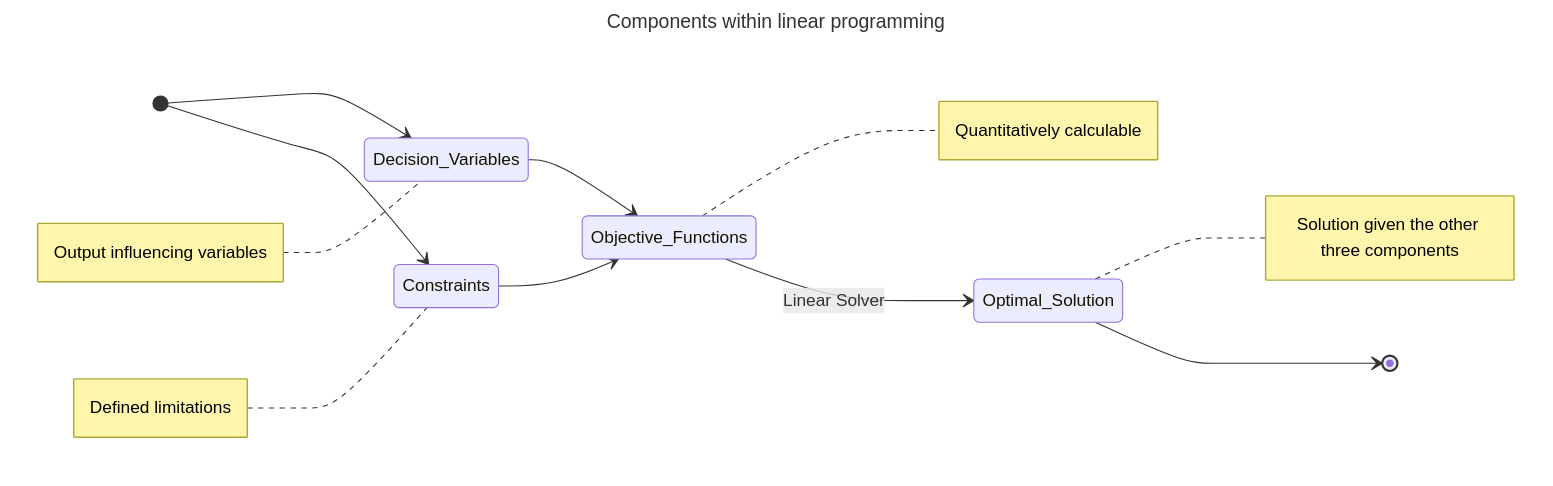
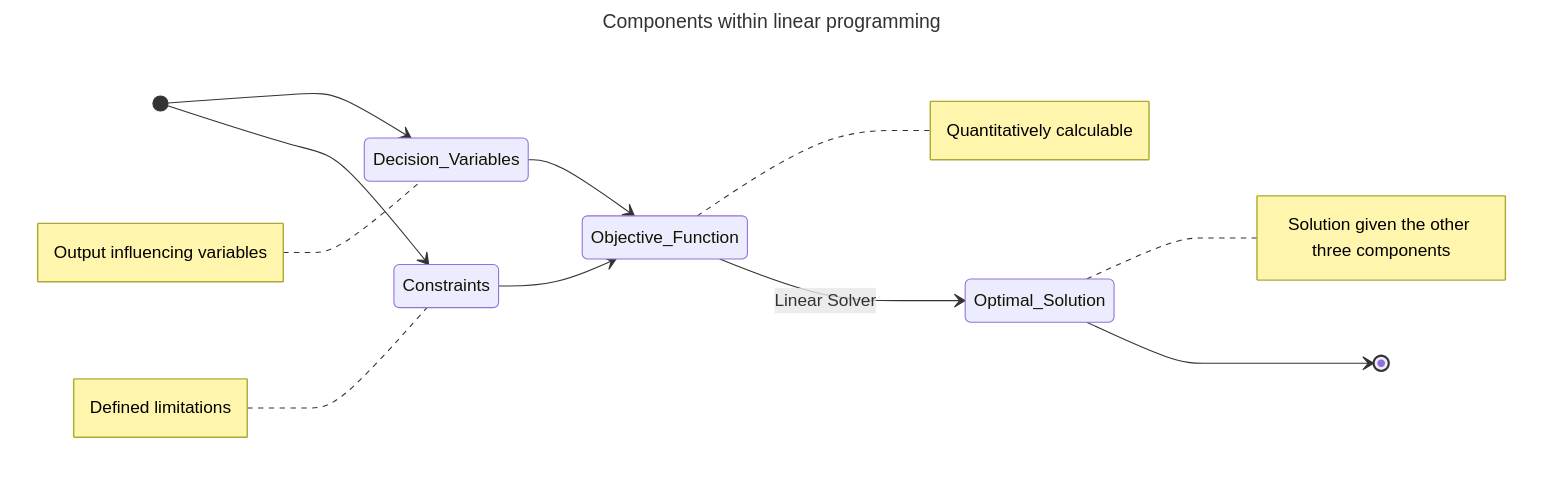
The diagram in _posts/2024-05-19-linearprogrammingusingplup.md (jeev20/jeev20.github.io), drawn with Mermaid before and after one commit. The commit also changed other lines of this file and 1 other file, not shown here.

````diff
--- a/_posts/2024-05-19-linearprogrammingusingplup.md
+++ b/_posts/2024-05-19-linearprogrammingusingplup.md
@@ -19,26 +24,26 @@
 ```mermaid
 ---
 title: Components within linear programming
 ---
 stateDiagram-v2 
 direction LR
 [*]--> Decision_Variables
 note left of Decision_Variables
     Output influencing variables
 end note
 [*]--> Constraints
 note left of Constraints
     Defined limitations
 end note
-Decision_Variables --> Objective_Functions 
-note right of Objective_Functions
+Decision_Variables --> Objective_Function 
+note right of Objective_Function
     Quantitatively calculable
 end note
-Constraints --> Objective_Functions
-Objective_Functions -->Optimal_Solution:Linear Solver
+Constraints --> Objective_Function
+Objective_Function -->Optimal_Solution:Linear Solver
 note right of Optimal_Solution
     Solution given the other three components
 end note
 Optimal_Solution -->[*]
 
 ```
````
